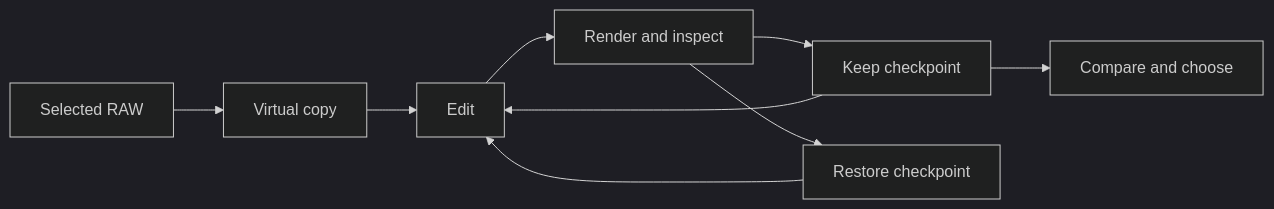
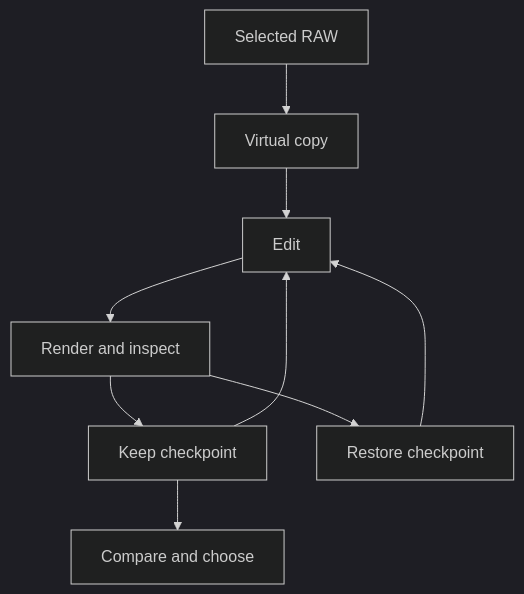
The diagram in README.md (Timverhoogt/raw-photo-agent), drawn with Mermaid (dark theme) before and after one commit.

Commit message:
Keep the workflow diagram readable on narrow screens

````diff
--- a/README.md
+++ b/README.md
@@ -13,11 +13,11 @@
 ```mermaid
-flowchart LR
+flowchart TD
     raw[Selected RAW] --> copy[Virtual copy]
     copy --> edit[Edit]
     edit --> preview[Render and inspect]
     preview --> keep[Keep checkpoint]
     preview --> restore[Restore checkpoint]
     keep --> edit
     restore --> edit
     keep --> choice[Compare and choose]
 ```
````
